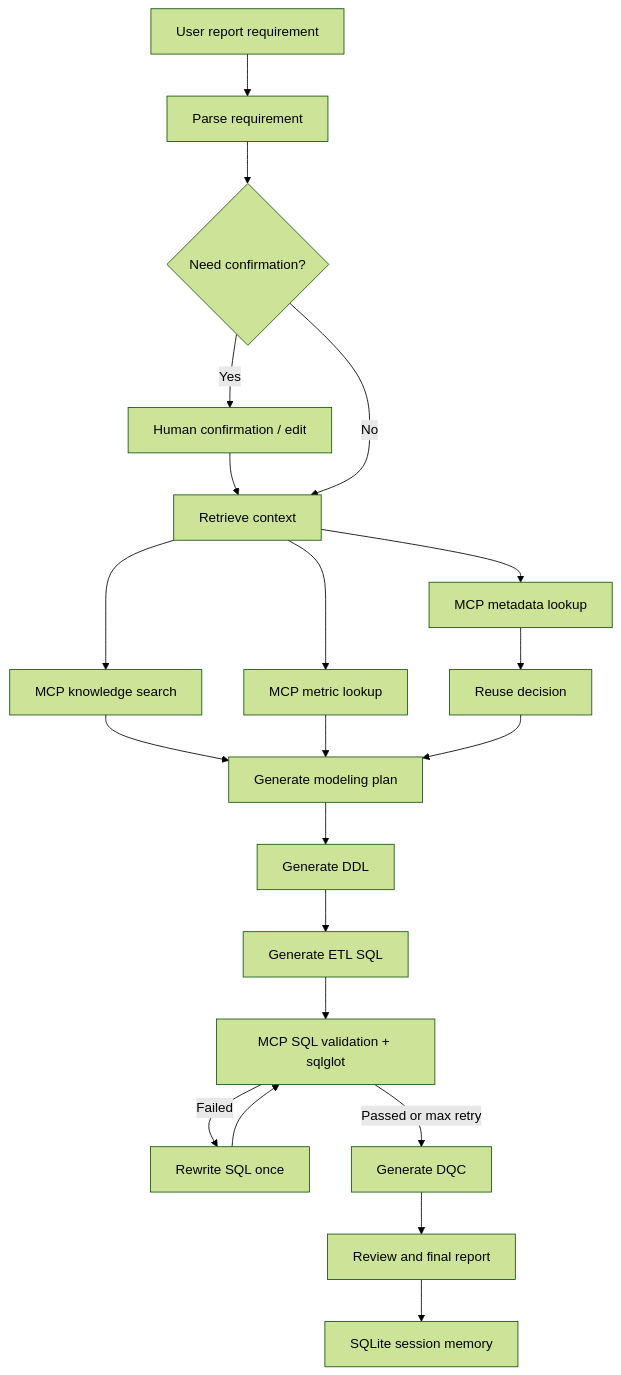
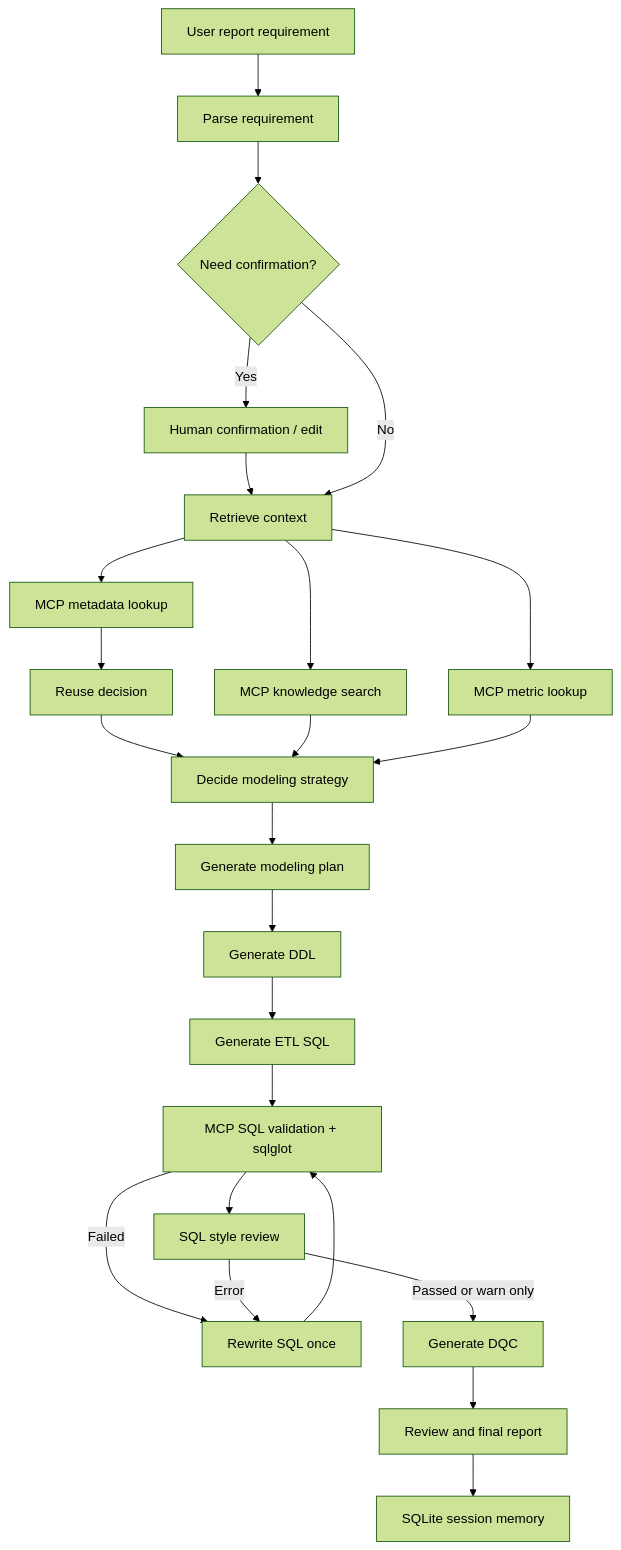
The diagram in README.md (juebunengkun/warehouse-agent-mvp), drawn with Mermaid (forest theme) before and after one commit. The commit also changed other lines of this file and 40 other files, not shown here.

Commit message:
Add modeling strategy and SQL style review

````diff
--- a/README.md
+++ b/README.md
@@ -33,23 +37,26 @@
 ```mermaid
 flowchart TD
     A["User report requirement"] --> B["Parse requirement"]
     B --> C{"Need confirmation?"}
     C -->|Yes| D["Human confirmation / edit"]
     D --> E["Retrieve context"]
     C -->|No| E
     E --> F["MCP knowledge search"]
     E --> G["MCP metric lookup"]
     E --> H["MCP metadata lookup"]
     H --> I["Reuse decision"]
-    F --> J["Generate modeling plan"]
+    I --> J["Decide modeling strategy"]
+    F --> J
     G --> J
-    I --> J
-    J --> K["Generate DDL"]
-    K --> L["Generate ETL SQL"]
-    L --> M["MCP SQL validation + sqlglot"]
-    M -->|Failed| N["Rewrite SQL once"]
-    N --> M
-    M -->|Passed or max retry| O["Generate DQC"]
-    O --> P["Review and final report"]
-    P --> Q["SQLite session memory"]
+    J --> K["Generate modeling plan"]
+    K --> L["Generate DDL"]
+    L --> M["Generate ETL SQL"]
+    M --> N["MCP SQL validation + sqlglot"]
+    N -->|Failed| O["Rewrite SQL once"]
+    O --> N
+    N --> P["SQL style review"]
+    P -->|Error| O
+    P -->|Passed or warn only| Q["Generate DQC"]
+    Q --> R["Review and final report"]
+    R --> S["SQLite session memory"]
 ```
````
